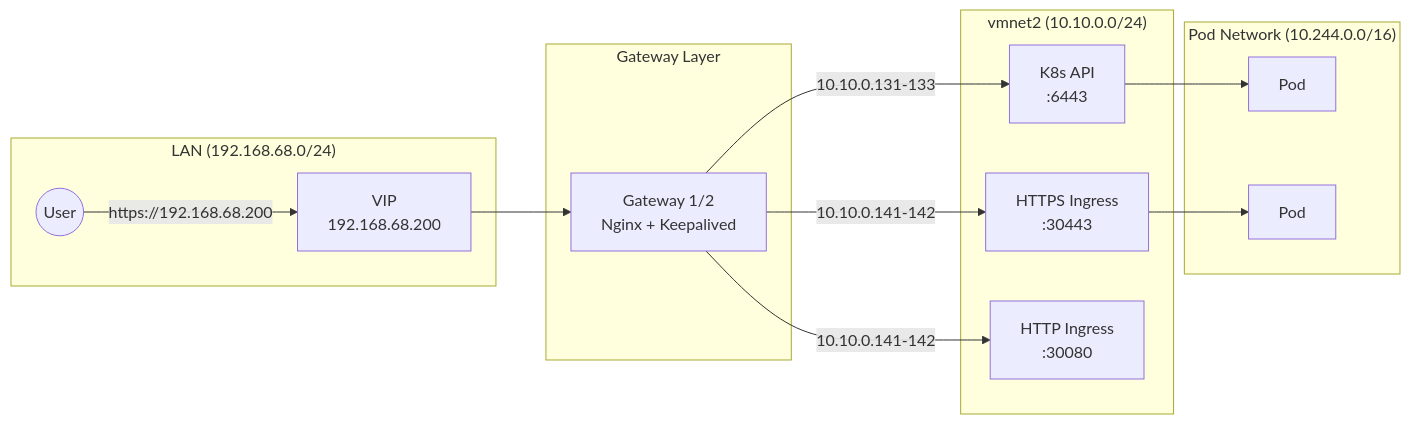
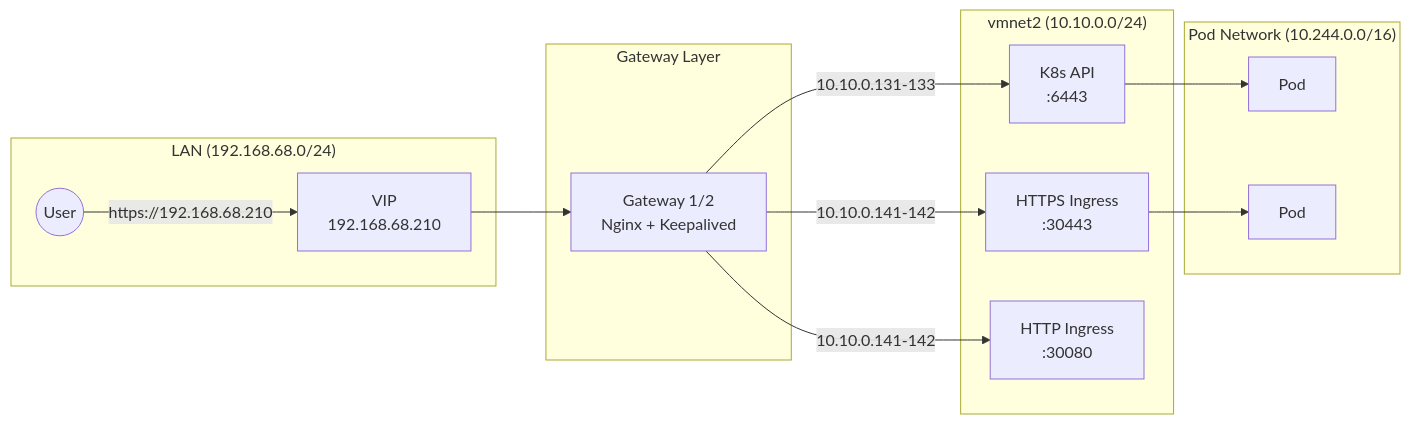
One commit to alfredojrc/k8s changed the diagram in docs/networking.md. Above: the diagram before and after it, drawn with Mermaid. The commit also changed other lines of this file and 12 other files, not shown here.

````diff
--- a/docs/networking.md
+++ b/docs/networking.md
@@ -12,30 +12,30 @@
 ```mermaid
 graph LR
     subgraph "LAN (192.168.68.0/24)"
         User((User))
-        VIP["VIP<br/>192.168.68.200"]
+        VIP["VIP<br/>192.168.68.210"]
     end
 
     subgraph "Gateway Layer"
         GW["Gateway 1/2<br/>Nginx + Keepalived"]
     end
 
     subgraph "vmnet2 (10.10.0.0/24)"
         API["K8s API<br/>:6443"]
         HTTPS["HTTPS Ingress<br/>:30443"]
         HTTP["HTTP Ingress<br/>:30080"]
     end
 
     subgraph "Pod Network (10.244.0.0/16)"
         Pod1[Pod]
         Pod2[Pod]
     end
 
-    User -->|"https://192.168.68.200"| VIP
+    User -->|"https://192.168.68.210"| VIP
     VIP --> GW
     GW -->|"10.10.0.131-133"| API
     GW -->|"10.10.0.141-142"| HTTPS
     GW -->|"10.10.0.141-142"| HTTP
     API --> Pod1
     HTTPS --> Pod2
 ```
````
